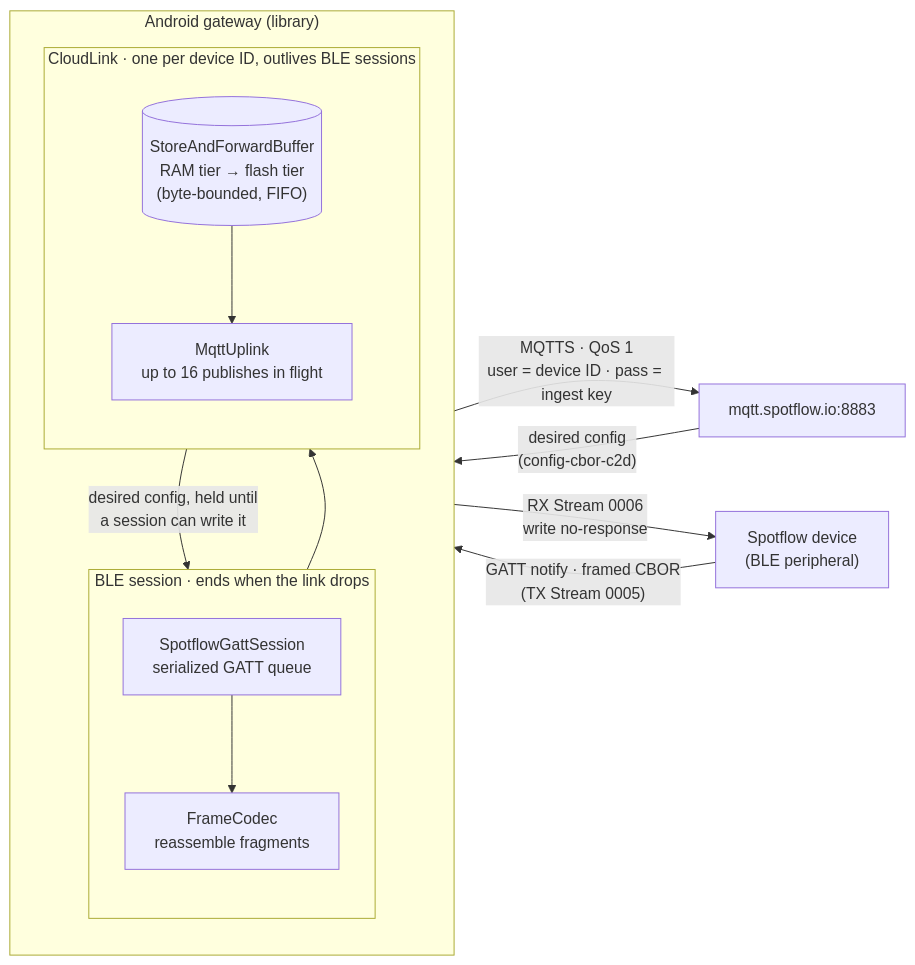
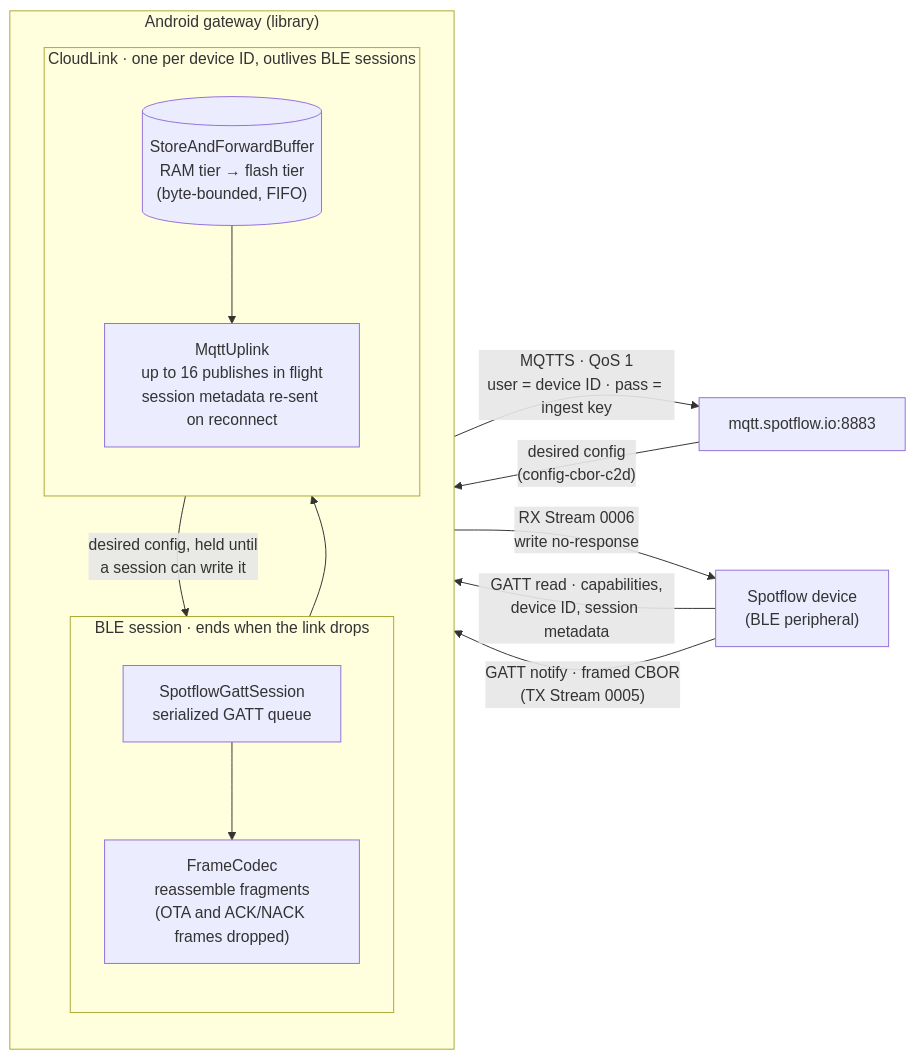
Before and after one commit to kucerah0nza/spotflow-android-gateway: the first of 2 diagrams in README.md, drawn with Mermaid. The commit also changed other lines of this file, not shown here.

First line of the commit message:
README: OTA status and protocol 1.1 throughout, diagrams included

````diff
--- a/README.md
+++ b/README.md
@@ -45,29 +46,30 @@
 ```mermaid
 flowchart LR
     D["Spotflow device<br/>(BLE peripheral)"]
 
     subgraph G["Android gateway (library)"]
         direction TB
         subgraph BLE["BLE session · ends when the link drops"]
             direction TB
             S["SpotflowGattSession<br/>serialized GATT queue"]
-            F["FrameCodec<br/>reassemble fragments"]
+            F["FrameCodec<br/>reassemble fragments<br/>(OTA and ACK/NACK frames dropped)"]
             S --> F
         end
         subgraph CL["CloudLink · one per device ID, outlives BLE sessions"]
             direction TB
             B[("StoreAndForwardBuffer<br/>RAM tier → flash tier<br/>(byte-bounded, FIFO)")]
-            U["MqttUplink<br/>up to 16 publishes in flight"]
+            U["MqttUplink<br/>up to 16 publishes in flight<br/>session metadata re-sent on reconnect"]
             B --> U
         end
         F --> B
     end
 
     C["mqtt.spotflow.io:8883"]
 
+    D -- "GATT read · capabilities,<br/>device ID, session metadata" --> S
     D -- "GATT notify · framed CBOR<br/>(TX Stream 0005)" --> S
     U -- "MQTTS · QoS 1<br/>user = device ID · pass = ingest key" --> C
     C -- "desired config<br/>(config-cbor-c2d)" --> U
     U -- "desired config, held until<br/>a session can write it" --> S
     S -- "RX Stream 0006<br/>write no-response" --> D
 ```
````
